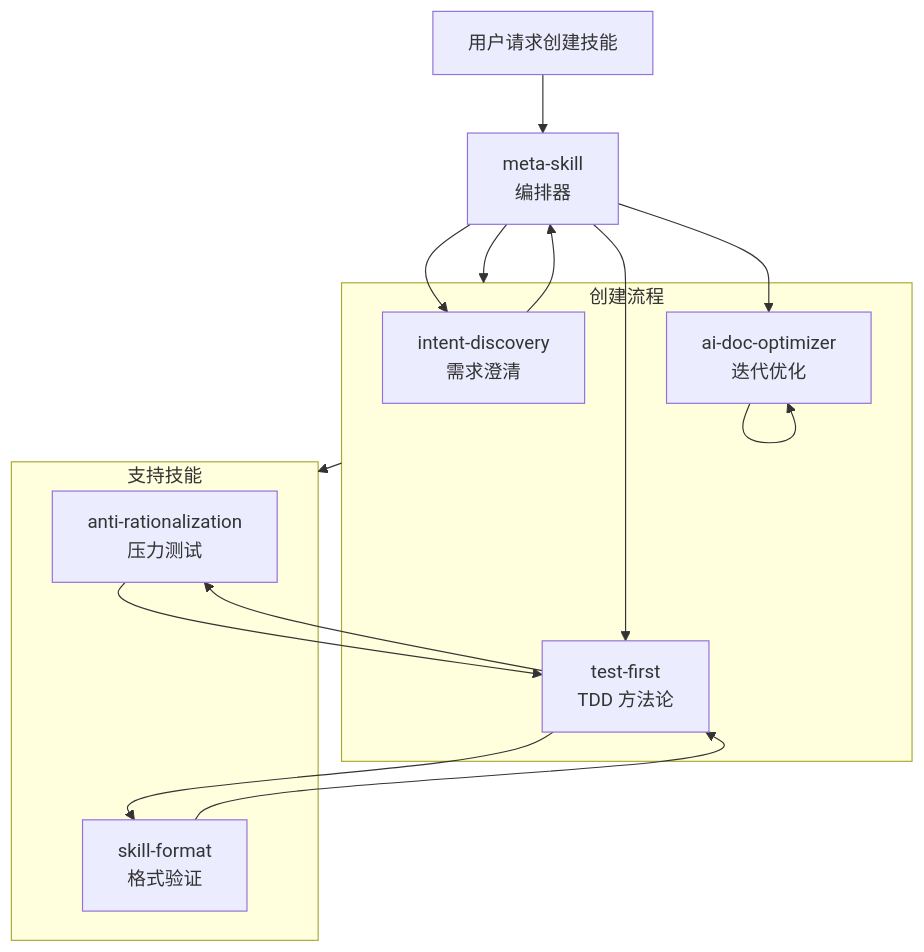
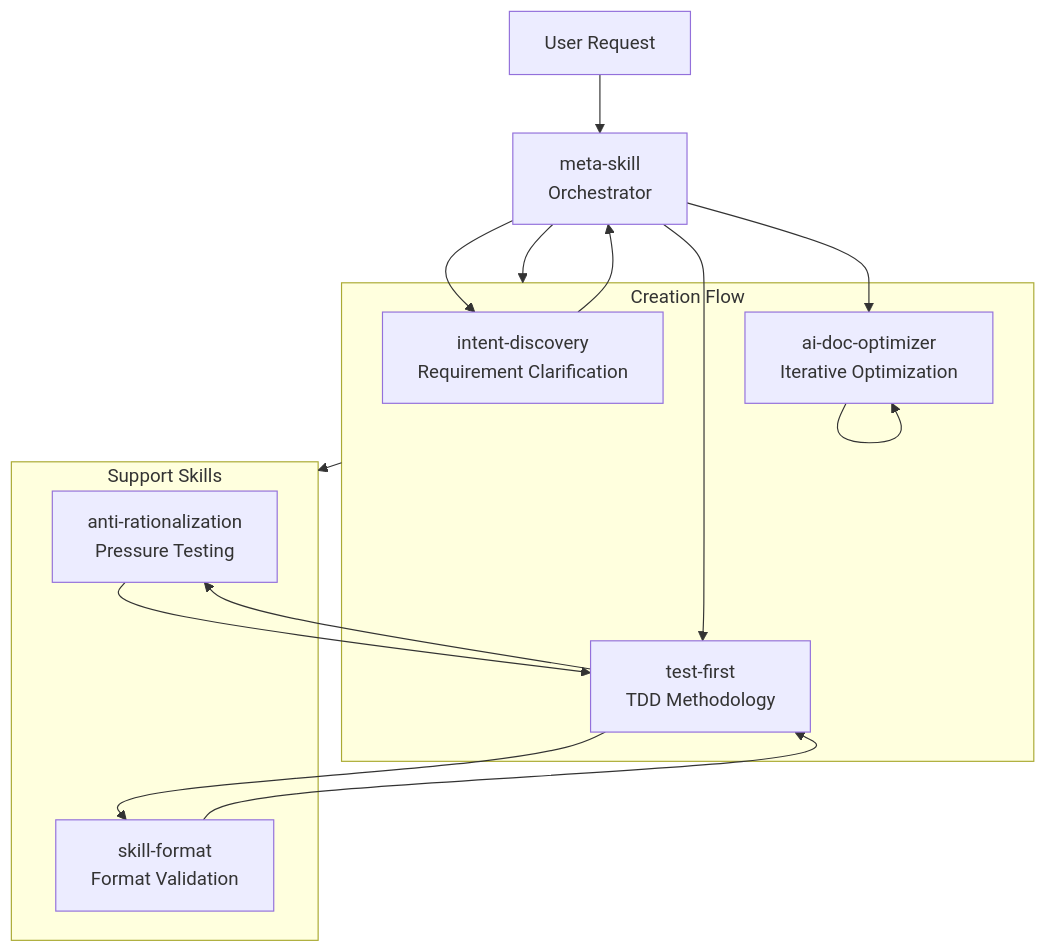
The diagram in README.md (Z-JaDe/meta-skill), drawn with Mermaid before and after one commit. The commit also changed other lines of this file and 2 other files, not shown here.

First line of the commit message:
docs: update core flow with TDD-driven + Anti-Rationalization integration

````diff
--- a/README.md
+++ b/README.md
@@ -61,30 +68,30 @@
 ```mermaid
 flowchart TB
-    User[用户请求创建技能] --> Meta[meta-skill<br/>编排器]
+    User[User Request] --> Meta[meta-skill<br/>Orchestrator]
 
-    Meta --> ID[intent-discovery<br/>需求澄清]
+    Meta --> ID[intent-discovery<br/>Requirement Clarification]
     ID --> Meta
 
-    Meta --> TF[test-first<br/>TDD 方法论]
-    TF --> AR[anti-rationalization<br/>压力测试]
+    Meta --> TF[test-first<br/>TDD Methodology]
+    TF --> AR[anti-rationalization<br/>Pressure Testing]
     AR --> TF
-    TF --> SF[skill-format<br/>格式验证]
+    TF --> SF[skill-format<br/>Format Validation]
     SF --> TF
 
-    Meta --> AO[ai-doc-optimizer<br/>迭代优化]
+    Meta --> AO[ai-doc-optimizer<br/>Iterative Optimization]
     AO --> AO
 
-    subgraph Flow[创建流程]
+    subgraph Flow[Creation Flow]
         ID
         TF
         AO
     end
 
-    subgraph Support[支持技能]
+    subgraph Support[Support Skills]
         AR
         SF
     end
 
     Meta --> Flow
     Flow --> Support
 ```
````
